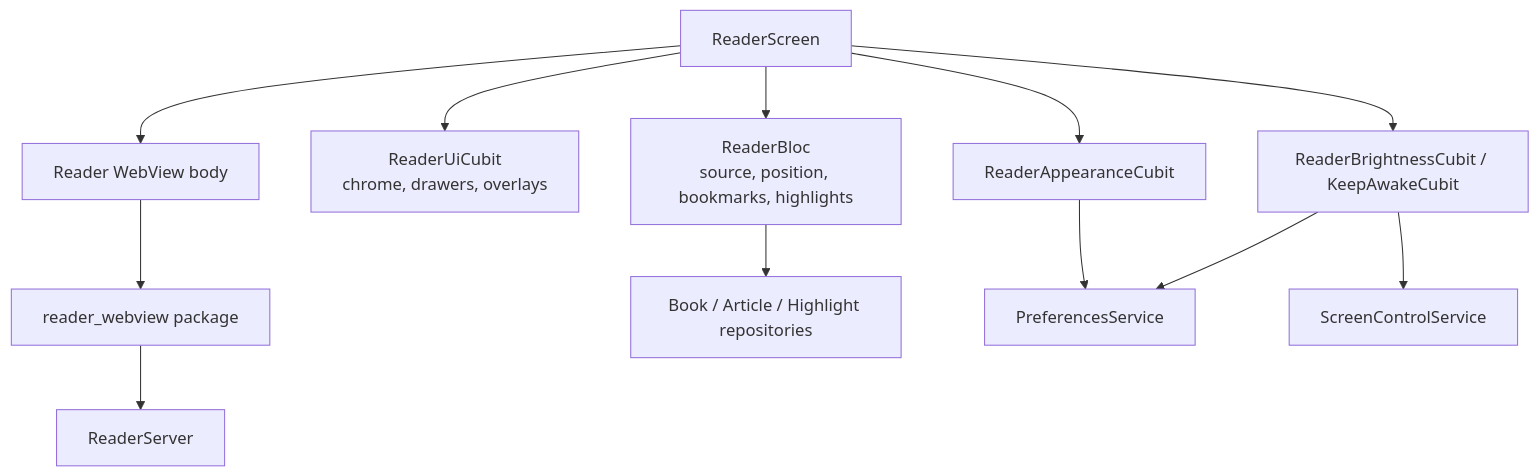
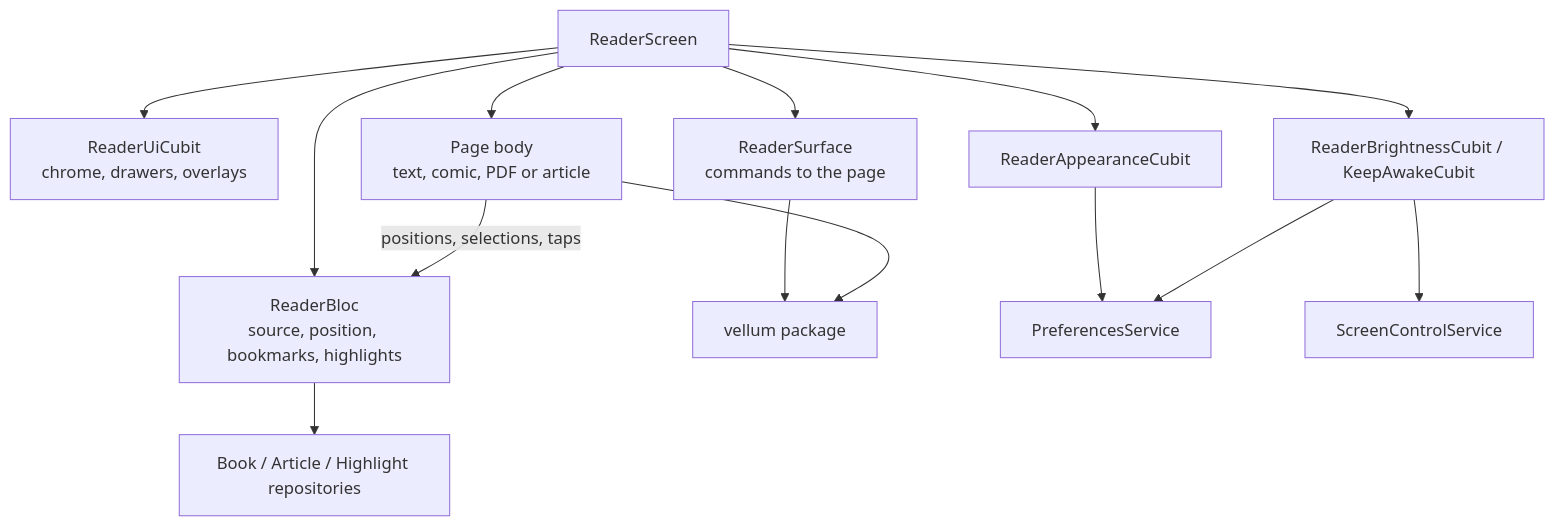
Before and after one commit to abra/readflex: the fifth of 8 diagrams in C4_MODEL.md, drawn with Mermaid. The commit also changed other lines of this file and 1153 other files, not shown here.

First line of the commit message:
Migrate reader to Vellum and accelerate MOBI/KF8 with Rust

````diff
--- a/C4_MODEL.md
+++ b/C4_MODEL.md
@@ -163,26 +160,28 @@
 ```mermaid
 flowchart TB
   readerScreen["ReaderScreen"]
   readerBloc["ReaderBloc\nsource, position, bookmarks, highlights"]
   uiCubit["ReaderUiCubit\nchrome, drawers, overlays"]
   appearance["ReaderAppearanceCubit"]
   brightness["ReaderBrightnessCubit / KeepAwakeCubit"]
-  webviewBody["Reader WebView body"]
-  webviewPkg["reader_webview package"]
-  server["ReaderServer"]
+  pageBody["Page body\ntext, comic, PDF or article"]
+  surface["ReaderSurface\ncommands to the page"]
+  vellum["vellum package"]
   repos["Book / Article / Highlight repositories"]
   prefs["PreferencesService"]
   screenControl["ScreenControlService"]
 
   readerScreen --> readerBloc
   readerScreen --> uiCubit
   readerScreen --> appearance
   readerScreen --> brightness
-  readerScreen --> webviewBody
-  webviewBody --> webviewPkg
-  webviewPkg --> server
+  readerScreen --> pageBody
+  readerScreen --> surface
+  surface --> vellum
+  pageBody --> vellum
+  pageBody -->|"positions, selections, taps"| readerBloc
   readerBloc --> repos
   appearance --> prefs
   brightness --> prefs
   brightness --> screenControl
 ```
````
